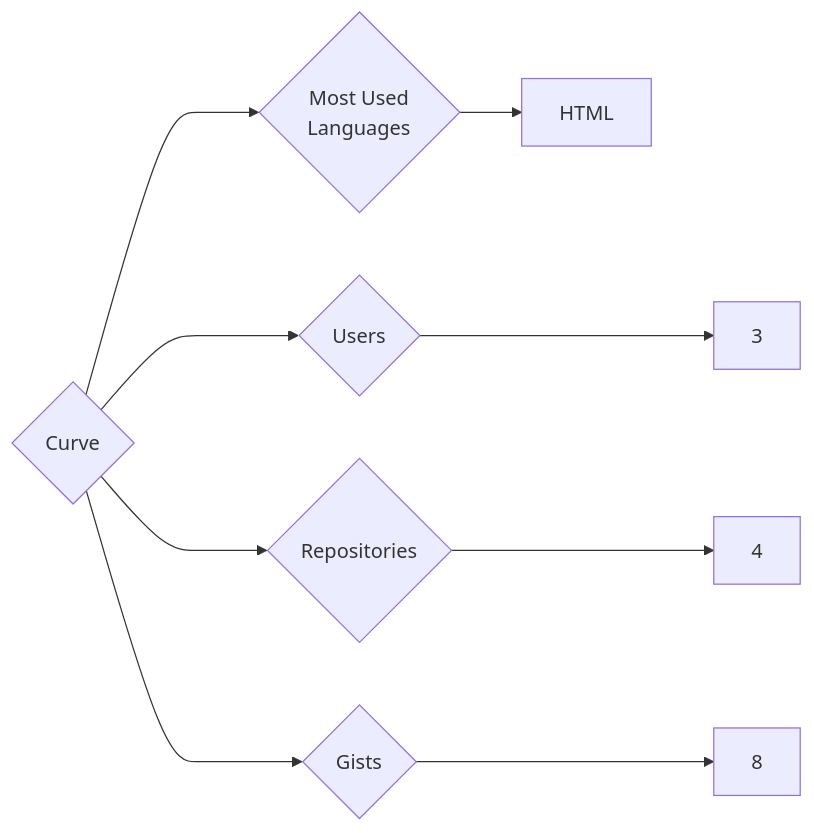
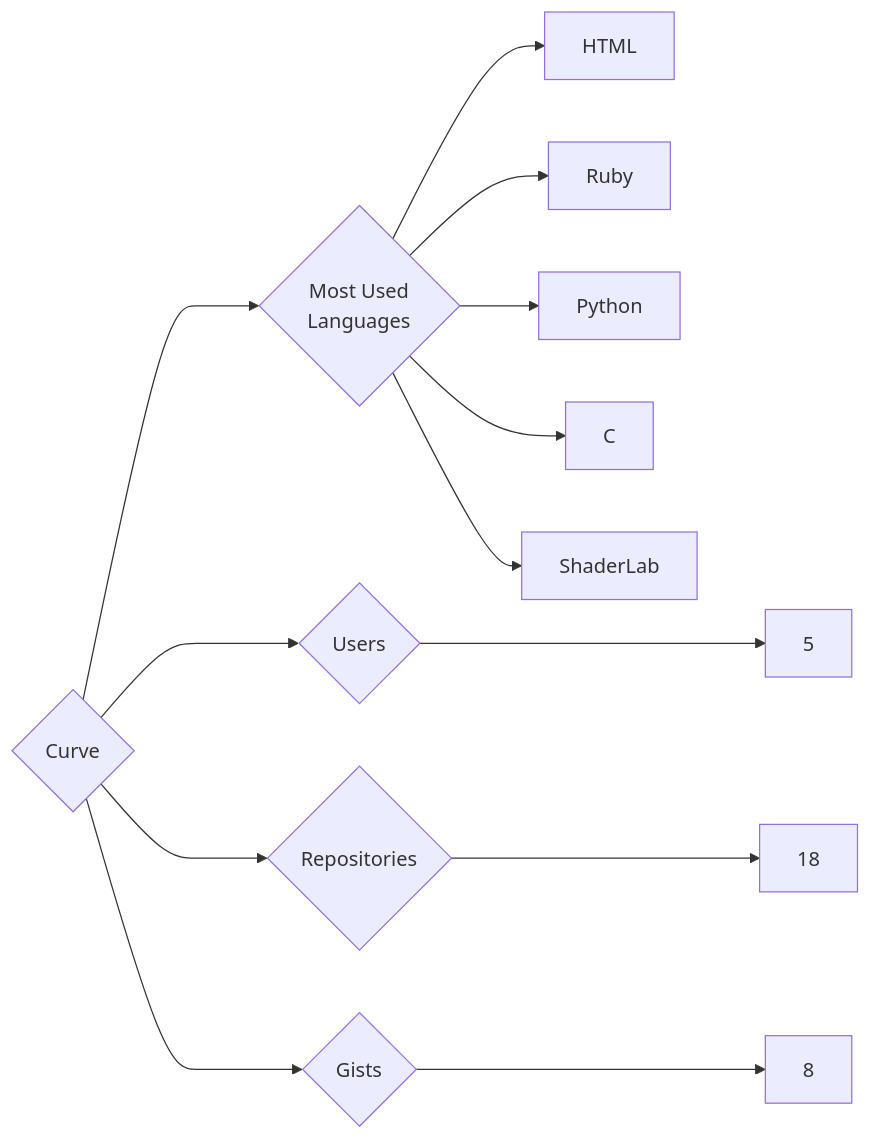
The diagram in targets/Curve/README.md (trickest/insiders), drawn with Mermaid before and after one commit. The commit also changed 938 other files, not shown here.

````diff
--- a/targets/Curve/README.md
+++ b/targets/Curve/README.md
@@ -3,9 +3,13 @@
 ```mermaid
 graph LR
 COMPANY_NAME{Curve}
-COMPANY_NAME ---> U{Users} ---> UN[3]
-COMPANY_NAME ---> R{Repositories} ---> RN[4]
+COMPANY_NAME ---> U{Users} ---> UN[5]
+COMPANY_NAME ---> R{Repositories} ---> RN[18]
 COMPANY_NAME ---> G{Gists} ---> GN[8]
 COMPANY_NAME ---> ML{Most Used<br>Languages}
 ML --> HTML[HTML]
+ML --> Ruby[Ruby]
+ML --> Python[Python]
+ML --> C[C]
+ML --> ShaderLab[ShaderLab]
 ```
````
